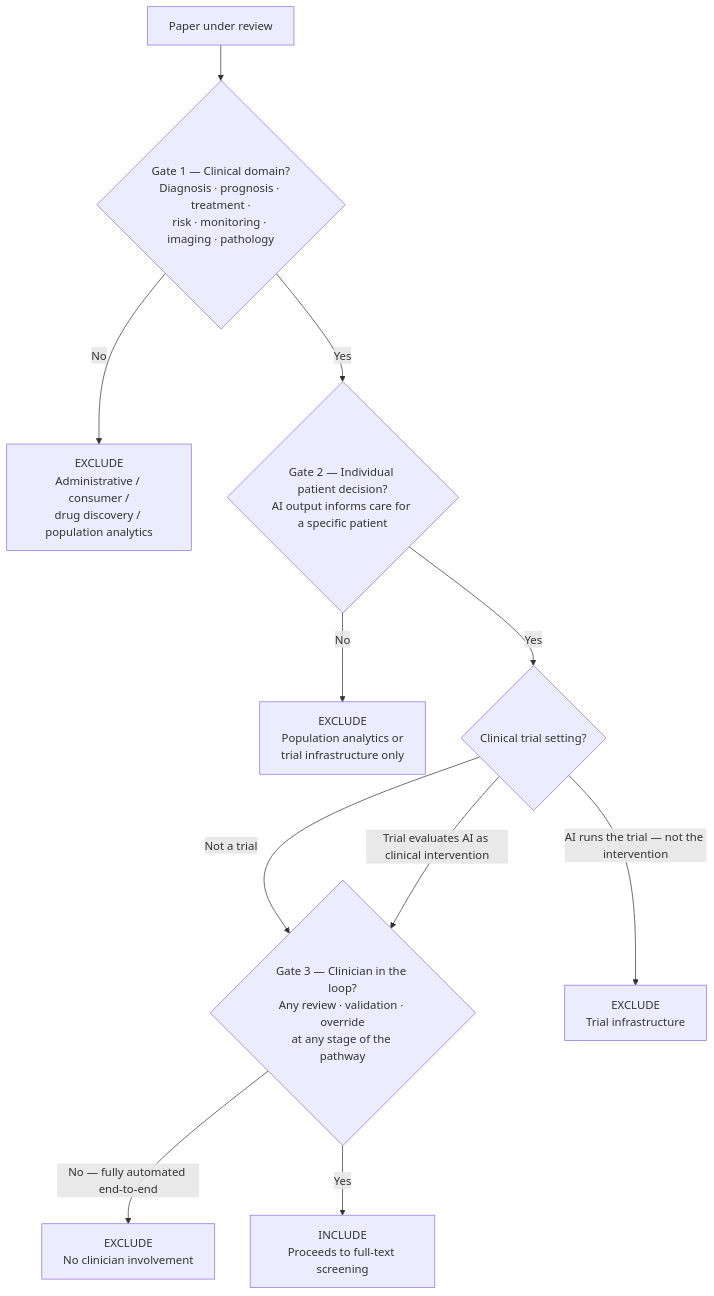
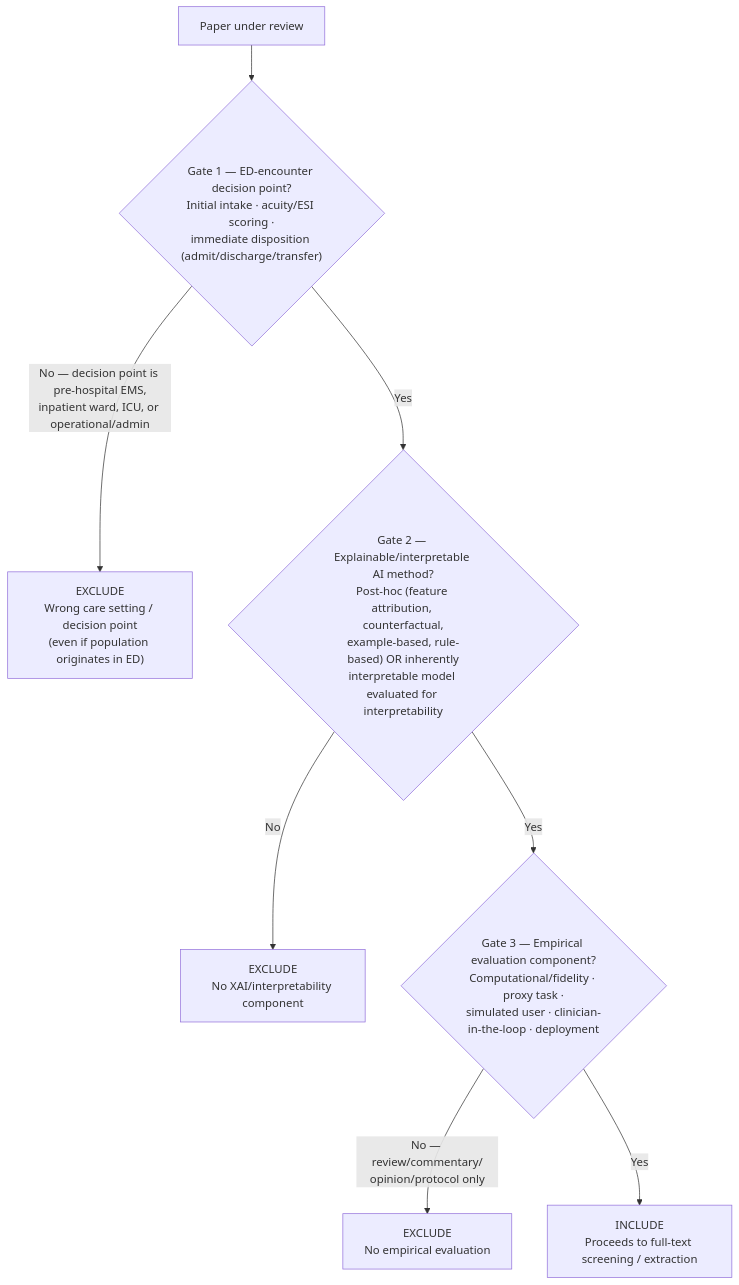
Before and after one commit to anirbanpalDSC/9970_clinical_xai_review: the diagram in docs/protocol/inclusion_boundary.md, drawn with Mermaid. The commit also changed other lines of this file and 8 other files, not shown here.

First line of the commit message:
Pivot review protocol to EM/ED-only scoping review (PRISMA-ScR)

````diff
--- a/docs/protocol/inclusion_boundary.md
+++ b/docs/protocol/inclusion_boundary.md
@@ -52,14 +65,10 @@
 ```mermaid
 flowchart TD
-    A[Paper under review] --> B{"Gate 1 — Clinical domain?<br/>Diagnosis · prognosis · treatment ·<br/>risk · monitoring · imaging · pathology"}
-    B -->|No| X1["EXCLUDE<br/>Administrative / consumer /<br/>drug discovery / population analytics"]
-    B -->|Yes| C{"Gate 2 — Individual patient decision?<br/>AI output informs care for a specific patient"}
-    C -->|No| X2["EXCLUDE<br/>Population analytics or<br/>trial infrastructure only"]
-    C -->|Yes| T{"Clinical trial setting?"}
-    T -->|Not a trial| D
-    T -->|Trial evaluates AI as clinical intervention| D
-    T -->|AI runs the trial — not the intervention| X3["EXCLUDE<br/>Trial infrastructure"]
-    D{"Gate 3 — Clinician in the loop?<br/>Any review · validation · override<br/>at any stage of the pathway"}
-    D -->|No — fully automated end-to-end| X4["EXCLUDE<br/>No clinician involvement"]
-    D -->|Yes| INCL["INCLUDE<br/>Proceeds to full-text screening"]
+    A[Paper under review] --> B{"Gate 1 — ED-encounter decision point?<br/>Initial intake · acuity/ESI scoring ·<br/>immediate disposition (admit/discharge/transfer)"}
+    B -->|No — decision point is pre-hospital EMS,<br/>inpatient ward, ICU, or operational/admin| X1["EXCLUDE<br/>Wrong care setting / decision point<br/>(even if population originates in ED)"]
+    B -->|Yes| C{"Gate 2 — Explainable/interpretable AI method?<br/>Post-hoc (feature attribution, counterfactual,<br/>example-based, rule-based) OR inherently<br/>interpretable model evaluated for interpretability"}
+    C -->|No| X2["EXCLUDE<br/>No XAI/interpretability component"]
+    C -->|Yes| D{"Gate 3 — Empirical evaluation component?<br/>Computational/fidelity · proxy task ·<br/>simulated user · clinician-in-the-loop · deployment"}
+    D -->|No — review/commentary/<br/>opinion/protocol only| X3["EXCLUDE<br/>No empirical evaluation"]
+    D -->|Yes| INCL["INCLUDE<br/>Proceeds to full-text screening / extraction"]
 ```
````
